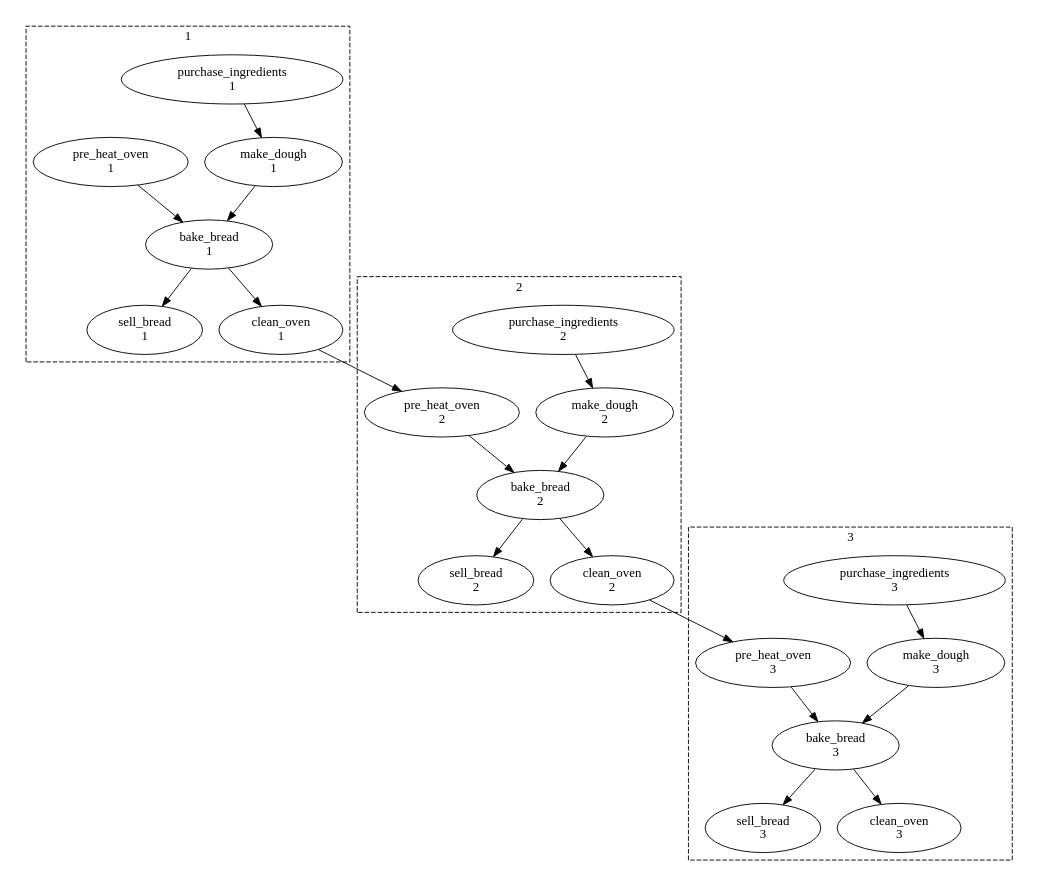
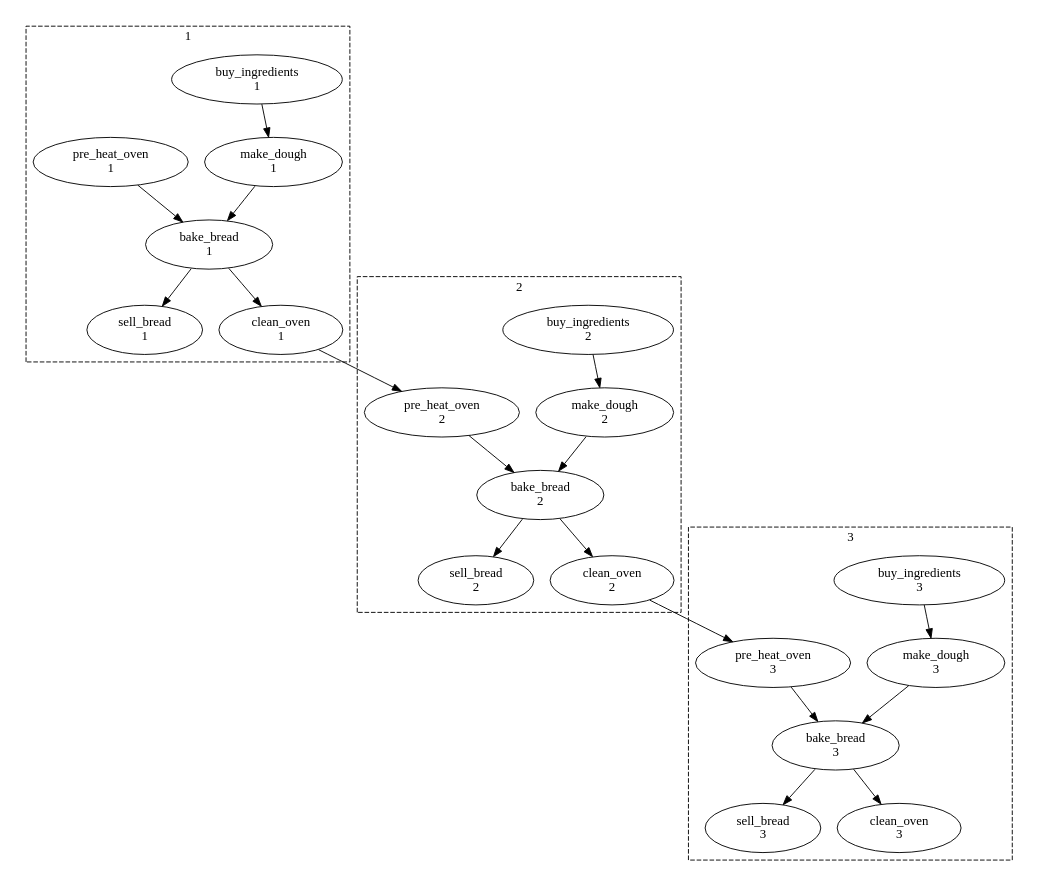
The second of 5 diagrams in src/tutorial/scheduling/integer-cycling.rst (cylc/cylc-doc), drawn with Graphviz before and after one commit. The commit also changed other lines of this file and 1 other file, not shown here.

```diff
--- a/src/tutorial/scheduling/integer-cycling.rst
+++ b/src/tutorial/scheduling/integer-cycling.rst
@@ -172,46 +172,46 @@
 .. digraph:: example
    :align: center
 
    size = "7,15"
 
    subgraph cluster_1 {
        label = 1
        style = dashed
-       "pur.1" [label="purchase_ingredients\n1"]
+       "pur.1" [label="buy_ingredients\n1"]
        "mak.1" [label="make_dough\n1"]
        "bak.1" [label="bake_bread\n1"]
        "sel.1" [label="sell_bread\n1"]
        "cle.1" [label="clean_oven\n1"]
        "pre.1" [label="pre_heat_oven\n1"]
    }
 
    subgraph cluster_2 {
        label = 2
        style = dashed
-       "pur.2" [label="purchase_ingredients\n2"]
+       "pur.2" [label="buy_ingredients\n2"]
        "mak.2" [label="make_dough\n2"]
        "bak.2" [label="bake_bread\n2"]
        "sel.2" [label="sell_bread\n2"]
        "cle.2" [label="clean_oven\n2"]
        "pre.2" [label="pre_heat_oven\n2"]
    }
 
    subgraph cluster_3 {
        label = 3
        style = dashed
-       "pur.3" [label="purchase_ingredients\n3"]
+       "pur.3" [label="buy_ingredients\n3"]
        "mak.3" [label="make_dough\n3"]
        "bak.3" [label="bake_bread\n3"]
        "sel.3" [label="sell_bread\n3"]
        "cle.3" [label="clean_oven\n3"]
        "pre.3" [label="pre_heat_oven\n3"]
    }
 
    "pur.1" -> "mak.1" -> "bak.1" -> "sel.1"
    "pre.1" -> "bak.1" -> "cle.1"
    "cle.1" -> "pre.2"
    "pur.2" -> "mak.2" -> "bak.2" -> "sel.2"
    "pre.2" -> "bak.2" -> "cle.2"
    "cle.2" -> "pre.3"
    "pur.3" -> "mak.3" -> "bak.3" -> "sel.3"
    "pre.3" -> "bak.3" -> "cle.3"
```
